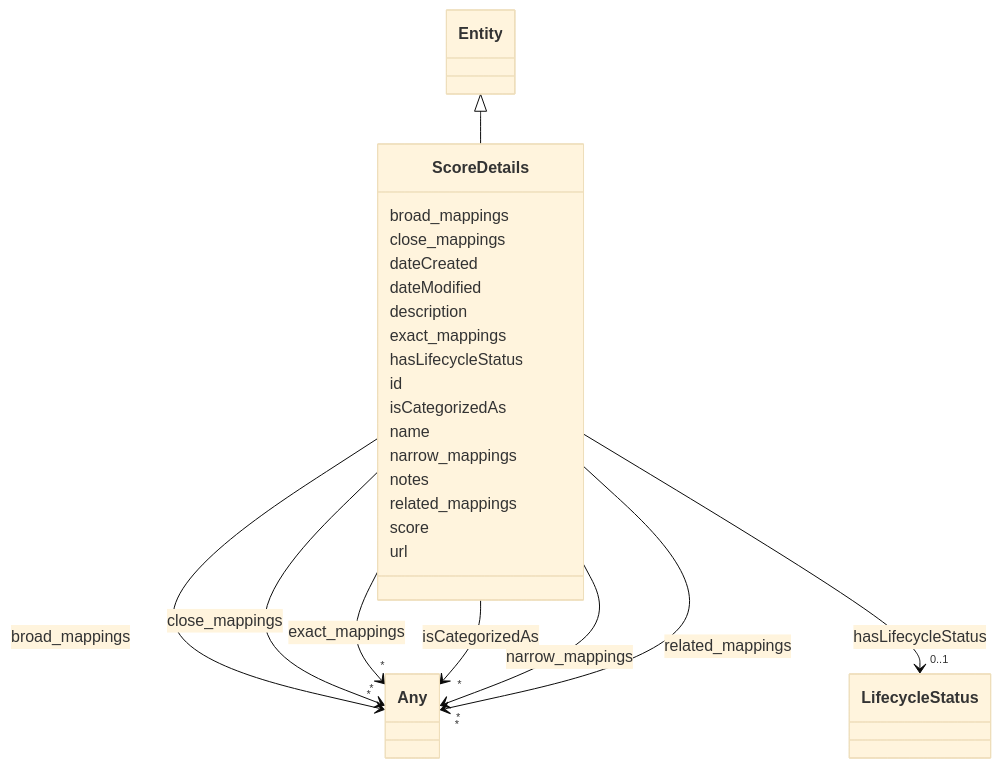
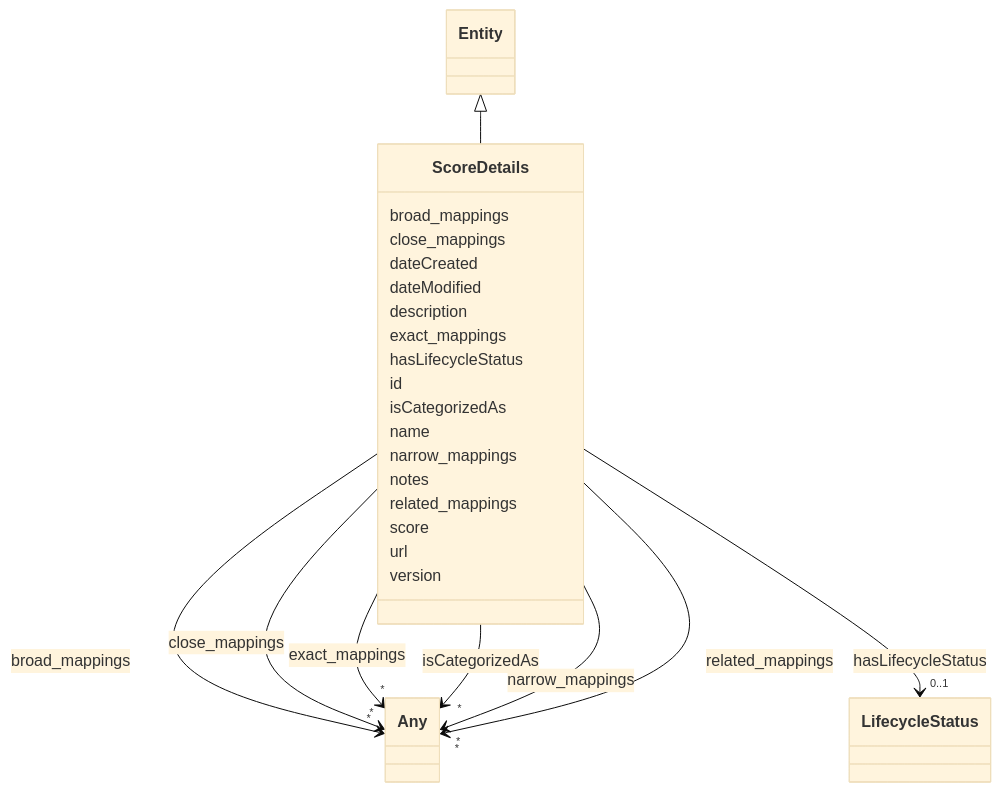
The diagram in docs/ontology/ScoreDetails.md (IBM/ai-atlas-nexus), drawn with Mermaid (base theme) before and after one commit. The commit also changed other lines of this file and 101 other files, not shown here.

````diff
--- a/docs/ontology/ScoreDetails.md
+++ b/docs/ontology/ScoreDetails.md
@@ -111,5 +111,7 @@
 
       ScoreDetails : url
 
+      ScoreDetails : version
+
 
 ```
````
